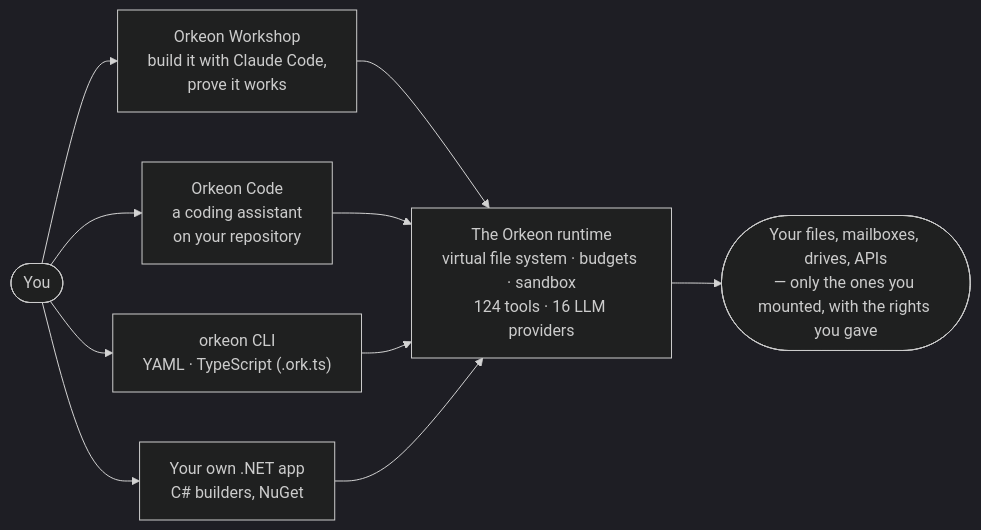
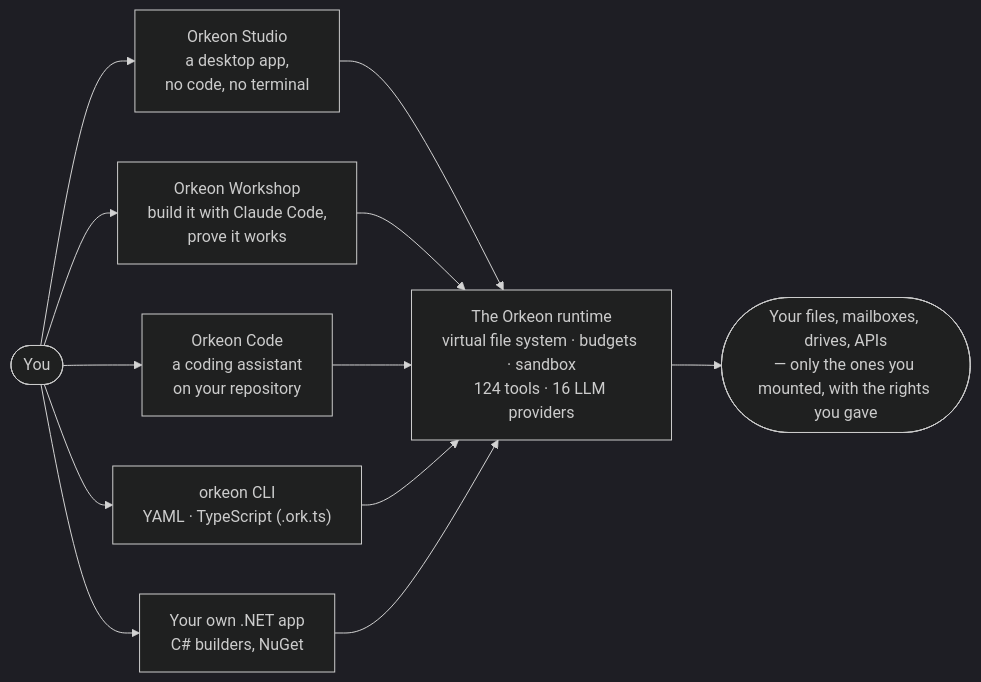
Before and after one commit to Orkeon/orkeon: the diagram in README.md, drawn with Mermaid (dark theme). The commit also changed other lines of this file and 11 other files, not shown here.

````diff
--- a/README.md
+++ b/README.md
@@ -30,9 +43,10 @@
 ```mermaid
 flowchart LR
     you(["You"]) --> workshop["Orkeon Workshop<br/>build it with Claude Code,<br/>prove it works"]
+    you --> studio["Orkeon Studio<br/>a desktop app,<br/>no code, no terminal"]
     you --> code["Orkeon Code<br/>a coding assistant<br/>on your repository"]
     you --> cli["orkeon CLI<br/>YAML · TypeScript (.ork.ts)"]
     you --> app["Your own .NET app<br/>C# builders, NuGet"]
-    workshop & code & cli & app --> runtime["The Orkeon runtime<br/>virtual file system · budgets · sandbox<br/>124 tools · 16 LLM providers"]
+    studio & workshop & code & cli & app --> runtime["The Orkeon runtime<br/>virtual file system · budgets · sandbox<br/>124 tools · 16 LLM providers"]
     runtime --> world(["Your files, mailboxes, drives, APIs<br/>— only the ones you mounted, with the rights you gave"])
 ```
````
